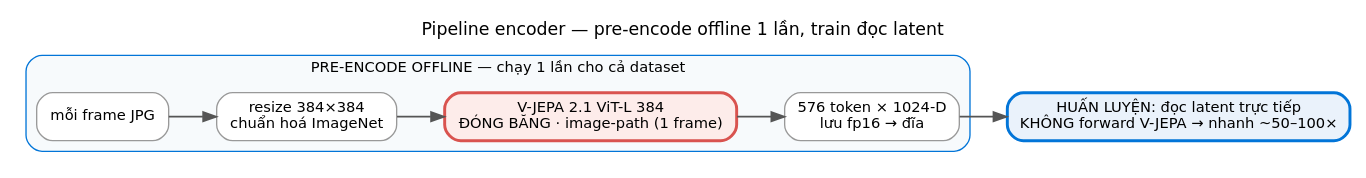
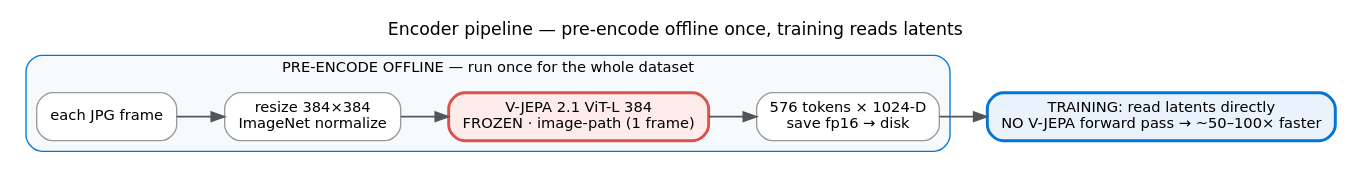
Before and after one commit to Anakonkai01/JEPA: the diagram in docs/report/figures/src/encoder_pipeline.dot, drawn with Graphviz. The commit also changed 36 other files, not shown here.

```diff
--- a/docs/report/figures/src/encoder_pipeline.dot
+++ b/docs/report/figures/src/encoder_pipeline.dot
@@ -1,19 +1,19 @@
 digraph encoder_pipeline {
   rankdir=LR; bgcolor="white"; fontname="DejaVu Sans"; labelloc="t"; fontsize=13;
-  label="Pipeline encoder — pre-encode offline 1 lần, train đọc latent";
+  label="Encoder pipeline — pre-encode offline once, training reads latents";
   node [shape=box, style="rounded,filled", fontname="DejaVu Sans", fontsize=11,
         fillcolor="#ffffff", color="#999999", margin="0.14,0.09"];
   edge [color="#555555", penwidth=1.2];
 
   subgraph cluster_off {
-    label="PRE-ENCODE OFFLINE — chạy 1 lần cho cả dataset"; fontname="DejaVu Sans"; fontsize=11;
+    label="PRE-ENCODE OFFLINE — run once for the whole dataset"; fontname="DejaVu Sans"; fontsize=11;
     style="rounded,filled"; fillcolor="#f7fafc"; color="#0275d8";
-    A [label="mỗi frame JPG"];
-    B [label="resize 384×384\nchuẩn hoá ImageNet"];
-    C [label="V-JEPA 2.1 ViT-L 384\nĐÓNG BĂNG · image-path (1 frame)", fillcolor="#fdecea", color="#d9534f", penwidth=2.2];
-    D [label="576 token × 1024-D\nlưu fp16 → đĩa"];
+    A [label="each JPG frame"];
+    B [label="resize 384×384\nImageNet normalize"];
+    C [label="V-JEPA 2.1 ViT-L 384\nFROZEN · image-path (1 frame)", fillcolor="#fdecea", color="#d9534f", penwidth=2.2];
+    D [label="576 tokens × 1024-D\nsave fp16 → disk"];
     A -> B -> C -> D;
   }
-  E [label="HUẤN LUYỆN: đọc latent trực tiếp\nKHÔNG forward V-JEPA → nhanh ~50–100×", fillcolor="#eaf2fb", color="#0275d8", penwidth=2.2];
+  E [label="TRAINING: read latents directly\nNO V-JEPA forward pass → ~50–100× faster", fillcolor="#eaf2fb", color="#0275d8", penwidth=2.2];
   D -> E;
 }
```
